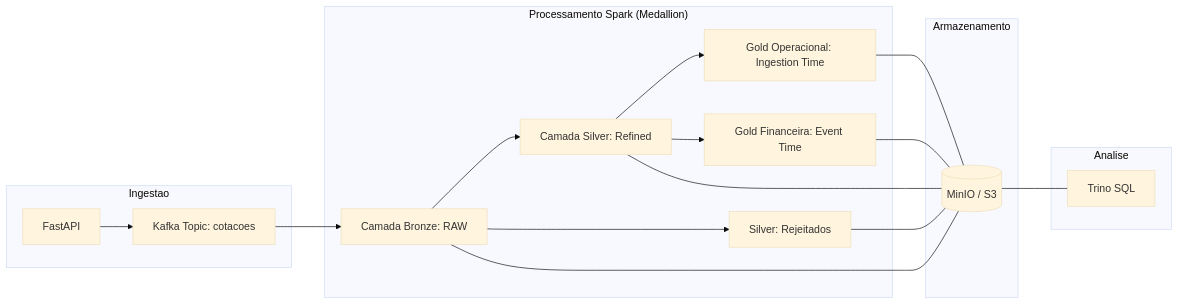
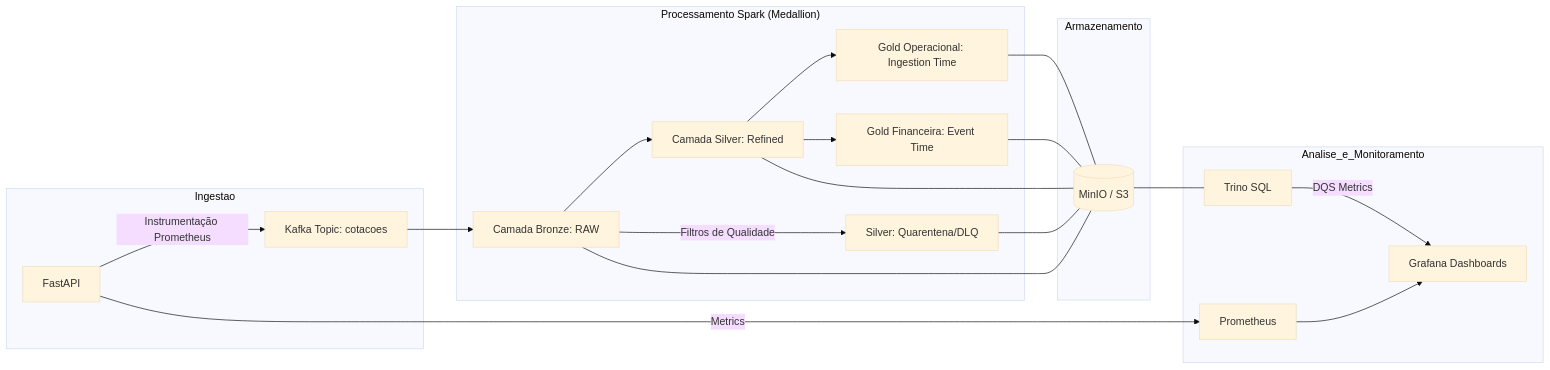
The diagram in README.md (Suzyguebata/cotacao_bolsa), drawn with Mermaid (base theme) before and after one commit. The commit also changed other lines of this file, not shown here.

````diff
--- a/README.md
+++ b/README.md
@@ -18,22 +43,25 @@
 ```mermaid
 graph LR
     subgraph Ingestao
-        API[FastAPI] --> Kafka[Kafka Topic: cotacoes]
+        API[FastAPI] -- "Instrumentação Prometheus" --> Kafka[Kafka Topic: cotacoes]
     end
 
     subgraph "Processamento Spark (Medallion)"
         Kafka --> Bronze[Camada Bronze: RAW]
         Bronze --> Silver[Camada Silver: Refined]
-        Bronze --> Rejeitados[Silver: Rejeitados]
+        Bronze -- "Filtros de Qualidade" --> Quarentena[Silver: Quarentena/DLQ]
         Silver --> GoldOp[Gold Operacional: Ingestion Time]
         Silver --> GoldFin[Gold Financeira: Event Time]
     end
 
     subgraph Armazenamento
-        Bronze & Silver & Rejeitados & GoldOp & GoldFin --- MinIO[(MinIO / S3)]
+        Bronze & Silver & Quarentena & GoldOp & GoldFin --- MinIO[(MinIO / S3)]
     end
 
-    subgraph Analise
+    subgraph Analise_e_Monitoramento
         MinIO --- Trino[Trino SQL]
+        Trino -- "DQS Metrics" --> Grafana[Grafana Dashboards]
+        API -- "Metrics" --> Prometheus[Prometheus]
+        Prometheus --> Grafana
     end
 ```
````
